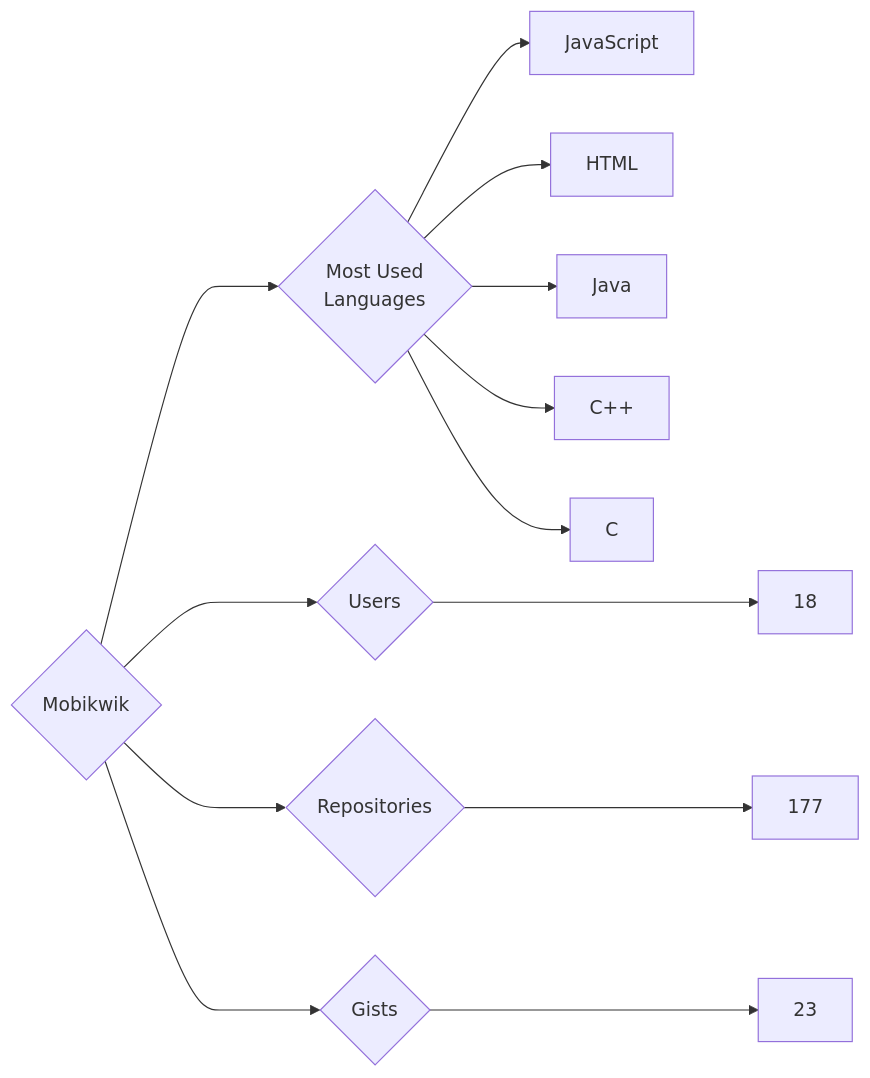
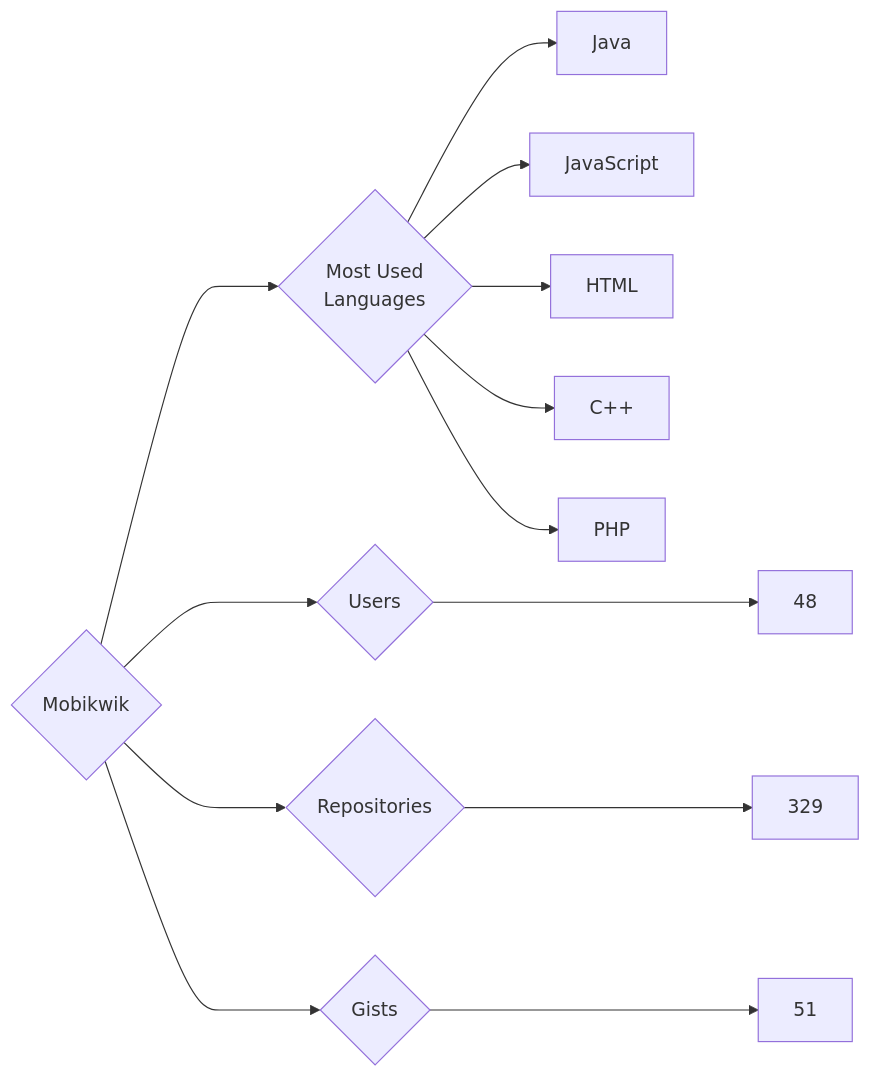
Before and after one commit to trickest/insiders: the diagram in targets/Mobikwik/README.md, drawn with Mermaid. The commit also changed 928 other files, not shown here.

````diff
--- a/targets/Mobikwik/README.md
+++ b/targets/Mobikwik/README.md
@@ -3,13 +3,13 @@
 ```mermaid
 graph LR
 COMPANY_NAME{Mobikwik}
-COMPANY_NAME ---> U{Users} ---> UN[18]
-COMPANY_NAME ---> R{Repositories} ---> RN[177]
-COMPANY_NAME ---> G{Gists} ---> GN[23]
+COMPANY_NAME ---> U{Users} ---> UN[48]
+COMPANY_NAME ---> R{Repositories} ---> RN[329]
+COMPANY_NAME ---> G{Gists} ---> GN[51]
 COMPANY_NAME ---> ML{Most Used<br>Languages}
+ML --> Java[Java]
 ML --> JavaScript[JavaScript]
 ML --> HTML[HTML]
-ML --> Java[Java]
 ML --> C++[C++]
-ML --> C[C]
+ML --> PHP[PHP]
 ```
````
